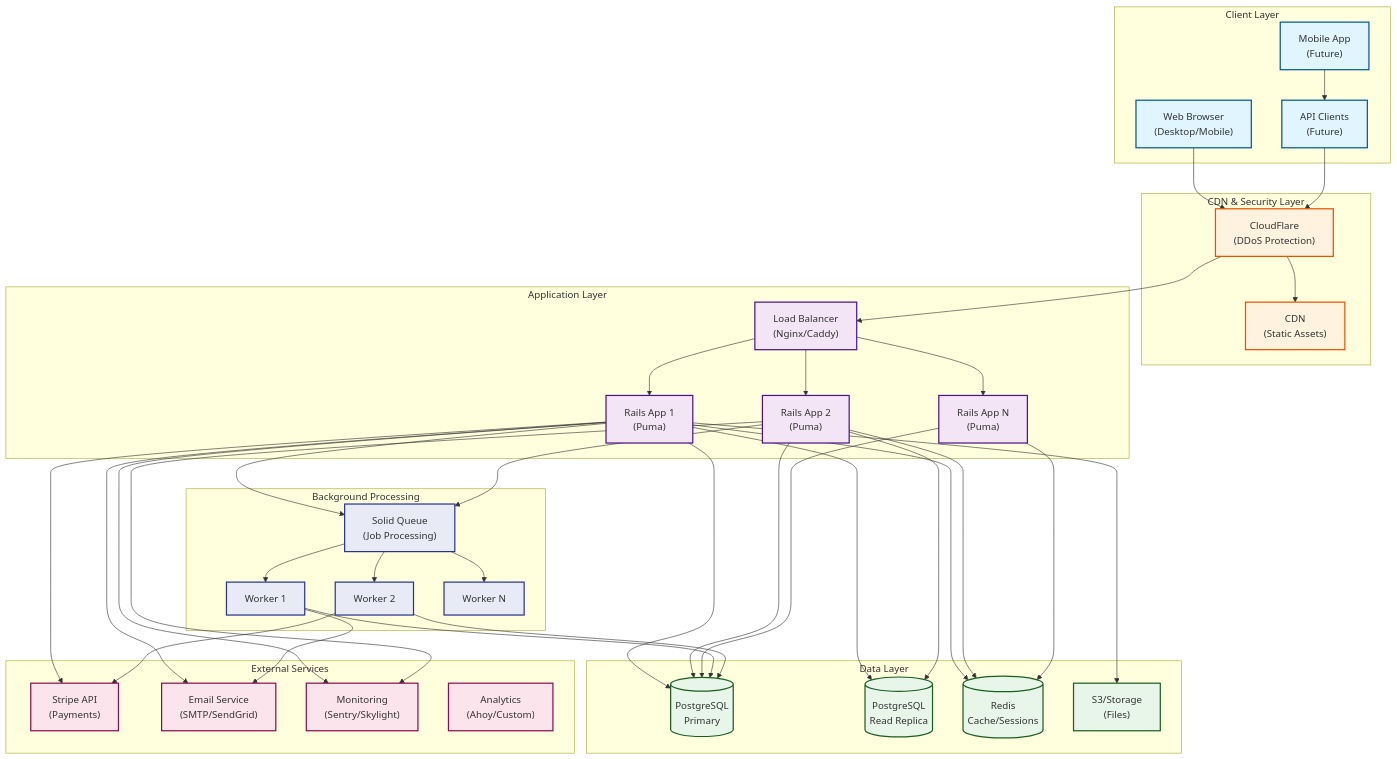
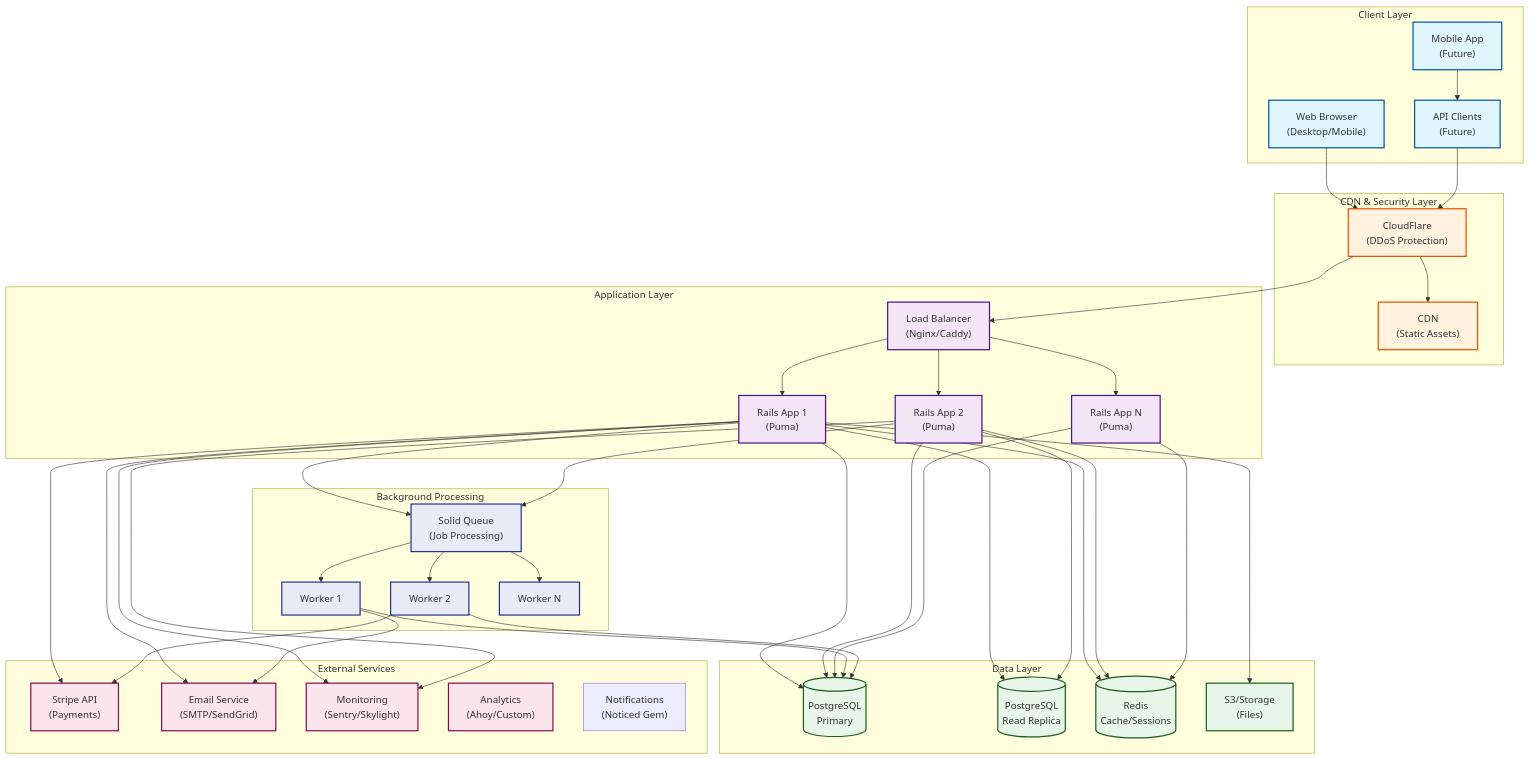
One commit to ashack/portfolio changed the first of 13 diagrams in docs/architecture/diagrams/system-overview.md. Above: the diagram before and after it, drawn with Mermaid. The commit also changed other lines of this file and 15 other files, not shown here.

```diff
--- a/docs/architecture/diagrams/system-overview.md
+++ b/docs/architecture/diagrams/system-overview.md
@@ -41,6 +41,7 @@
         Email["Email Service<br/>(SMTP/SendGrid)"]
         Monitor["Monitoring<br/>(Sentry/Skylight)"]
         Analytics["Analytics<br/>(Ahoy/Custom)"]
+        Noticed["Notifications<br/>(Noticed Gem)"]
     end
     
     Web --> CF
```
